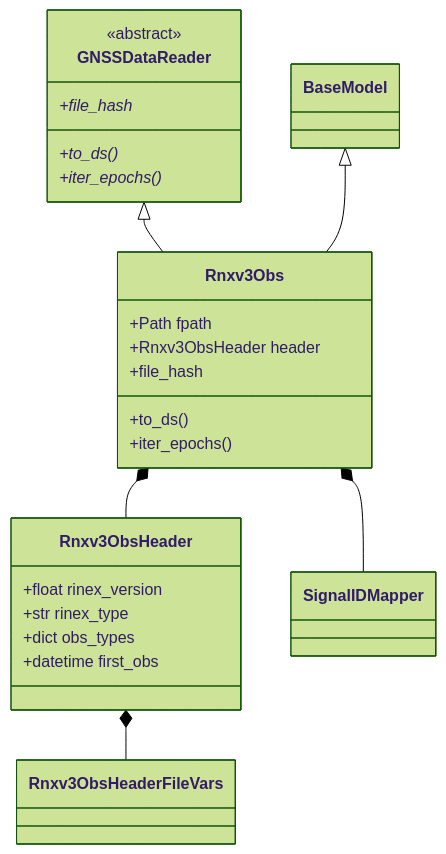
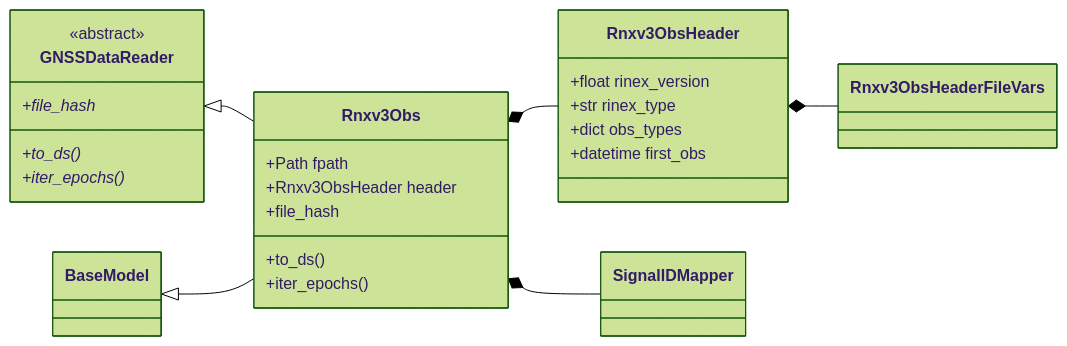
Before and after one commit to mfkiwl/canvodpy: the diagram in docs/packages/readers/rinex-format.md, drawn with Mermaid (forest theme). The commit also changed other lines of this file and 38 other files, not shown here.

````diff
--- a/docs/packages/readers/rinex-format.md
+++ b/docs/packages/readers/rinex-format.md
@@ -43,32 +34,31 @@
 ```mermaid
 classDiagram
+    direction LR
     GNSSDataReader <|-- Rnxv3Obs
     BaseModel <|-- Rnxv3Obs
-
     Rnxv3Obs *-- Rnxv3ObsHeader
     Rnxv3Obs *-- SignalIDMapper
-
     Rnxv3ObsHeader *-- Rnxv3ObsHeaderFileVars
 
     class GNSSDataReader{
         <<abstract>>
         +to_ds()*
         +iter_epochs()*
         +file_hash*
     }
 
     class Rnxv3Obs{
         +Path fpath
         +Rnxv3ObsHeader header
         +to_ds()
         +iter_epochs()
         +file_hash
     }
 
     class Rnxv3ObsHeader{
         +float rinex_version
         +str rinex_type
         +dict obs_types
         +datetime first_obs
     }
 ```
````
